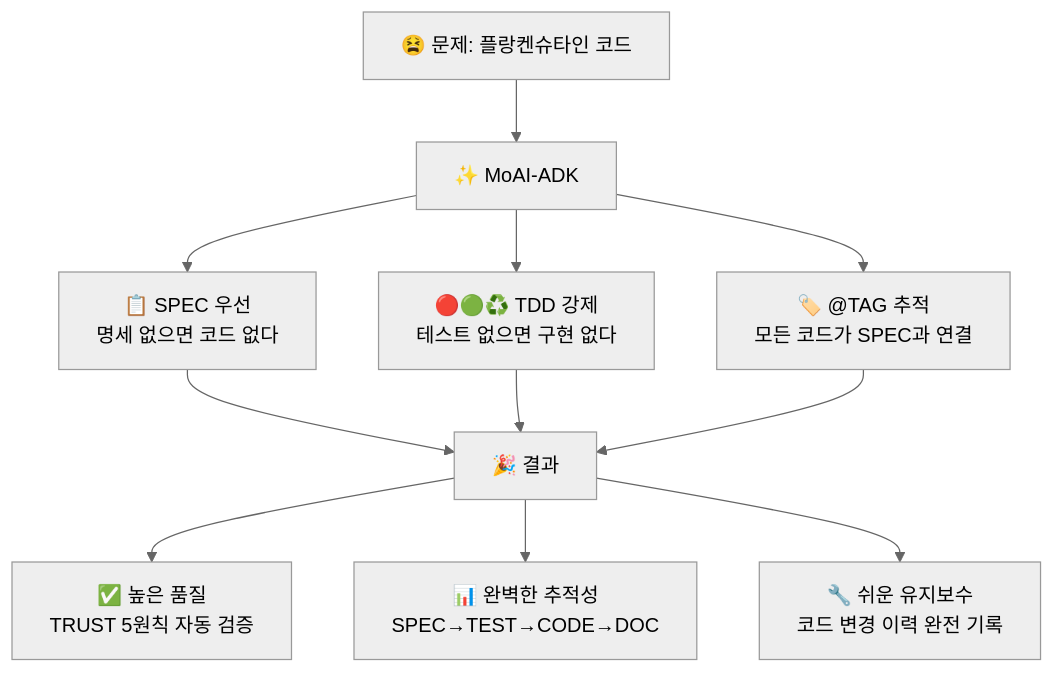
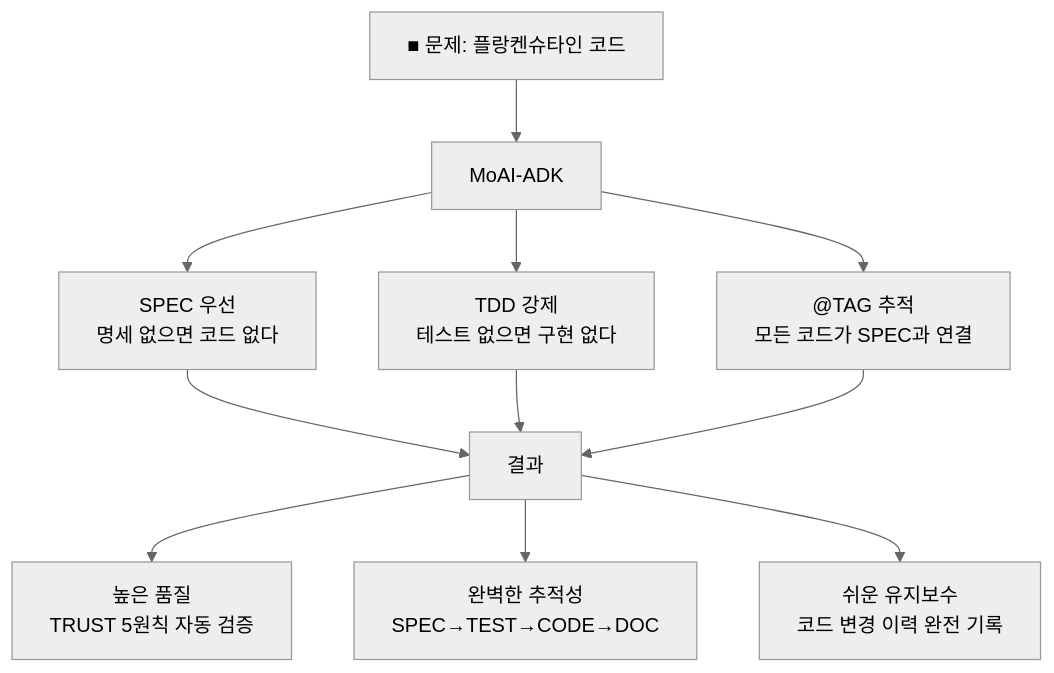
One commit to modu-ai/moai-adk changed the first of 7 diagrams in README.md. Above: the diagram before and after it, drawn with Mermaid (neutral theme). The commit also changed other lines of this file, not shown here.

````diff
--- a/README.md
+++ b/README.md
@@ -66,15 +66,15 @@
 ```mermaid
 flowchart TD
-    Problem["😫 문제: 플랑켄슈타인 코드"] --> Solution["✨ MoAI-ADK"]
-    Solution --> SPEC["📋 SPEC 우선<br/>명세 없으면 코드 없다"]
-    Solution --> TDD["🔴🟢♻️ TDD 강제<br/>테스트 없으면 구현 없다"]
-    Solution --> TAG["🏷️ @TAG 추적<br/>모든 코드가 SPEC과 연결"]
+    Problem["■ 문제: 플랑켄슈타인 코드"] --> Solution["MoAI-ADK"]
+    Solution --> SPEC["SPEC 우선<br/>명세 없으면 코드 없다"]
+    Solution --> TDD["TDD 강제<br/>테스트 없으면 구현 없다"]
+    Solution --> TAG["@TAG 추적<br/>모든 코드가 SPEC과 연결"]
 
-    SPEC --> Result["🎉 결과"]
+    SPEC --> Result["결과"]
     TDD --> Result
     TAG --> Result
 
-    Result --> Quality["✅ 높은 품질<br/>TRUST 5원칙 자동 검증"]
-    Result --> Track["📊 완벽한 추적성<br/>SPEC→TEST→CODE→DOC"]
-    Result --> Maintain["🔧 쉬운 유지보수<br/>코드 변경 이력 완전 기록"]
+    Result --> Quality["높은 품질<br/>TRUST 5원칙 자동 검증"]
+    Result --> Track["완벽한 추적성<br/>SPEC→TEST→CODE→DOC"]
+    Result --> Maintain["쉬운 유지보수<br/>코드 변경 이력 완전 기록"]
 ```
````
